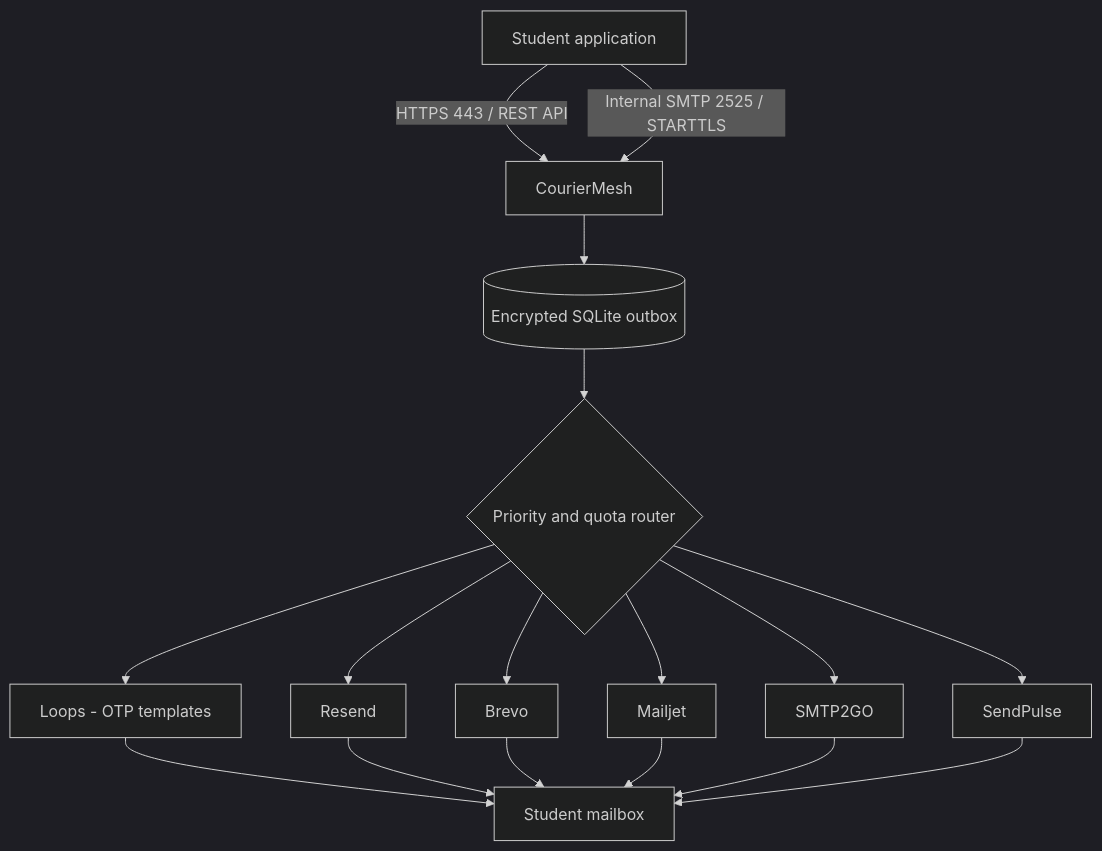
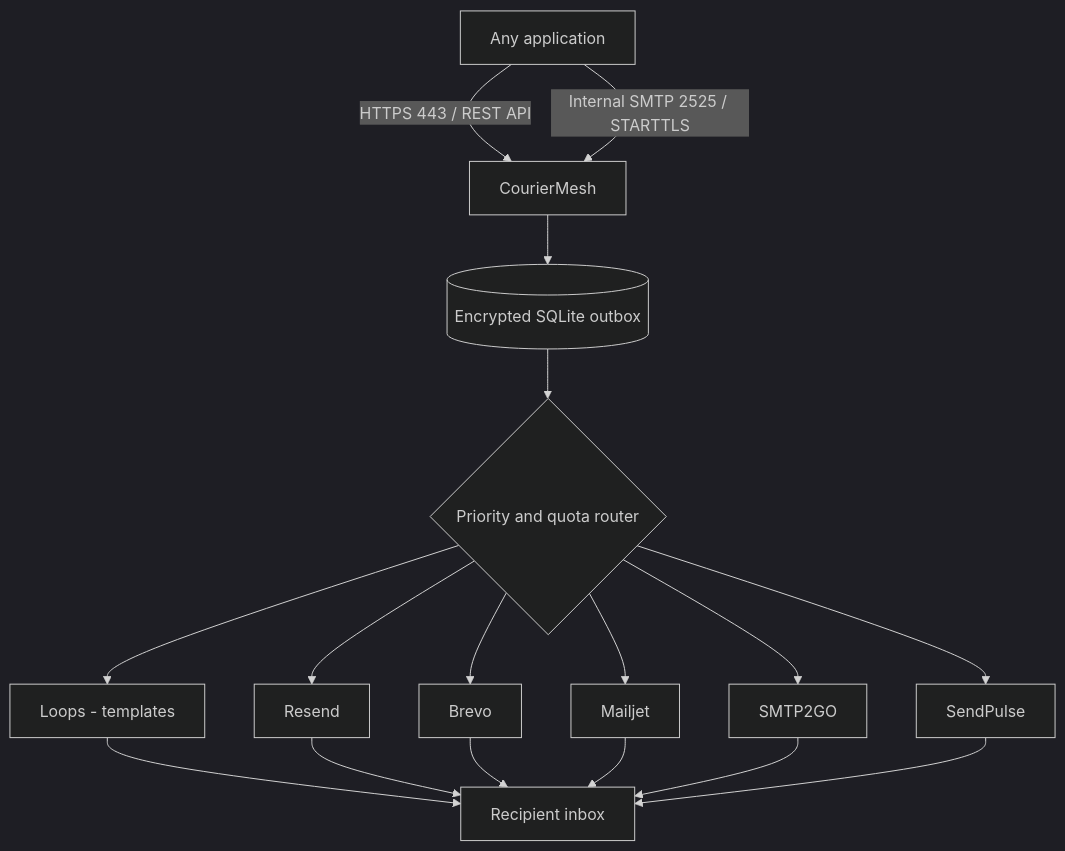
The diagram in README.md (baraa4959/CourierMesh), drawn with Mermaid (dark theme) before and after one commit. The commit also changed other lines of this file, not shown here.

Commit message:
docs: position CourierMesh as general-purpose email gateway

````diff
--- a/README.md
+++ b/README.md
@@ -45,19 +45,19 @@
 ```mermaid
 flowchart TD
-    A[Student application] -->|HTTPS 443 / REST API| B[CourierMesh]
+    A[Any application] -->|HTTPS 443 / REST API| B[CourierMesh]
     A -->|Internal SMTP 2525 / STARTTLS| B
     B --> C[(Encrypted SQLite outbox)]
     C --> D{Priority and quota router}
-    D --> E[Loops - OTP templates]
+    D --> E[Loops - templates]
     D --> F[Resend]
     D --> G[Brevo]
     D --> H[Mailjet]
     D --> I[SMTP2GO]
     D --> J[SendPulse]
-    E --> K[Student mailbox]
+    E --> K[Recipient inbox]
     F --> K
     G --> K
     H --> K
     I --> K
     J --> K
 ```
````
